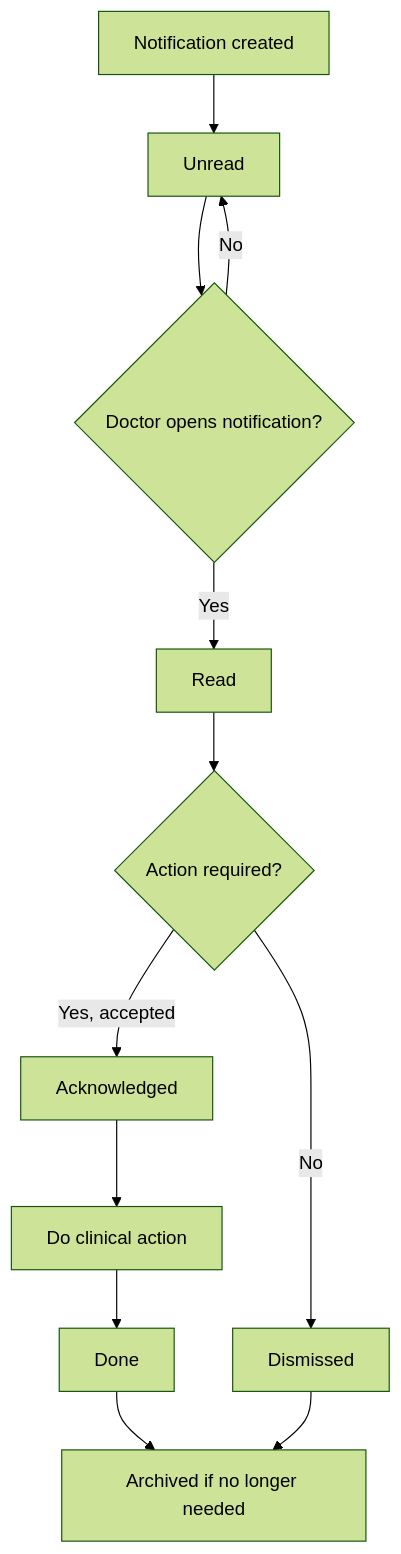
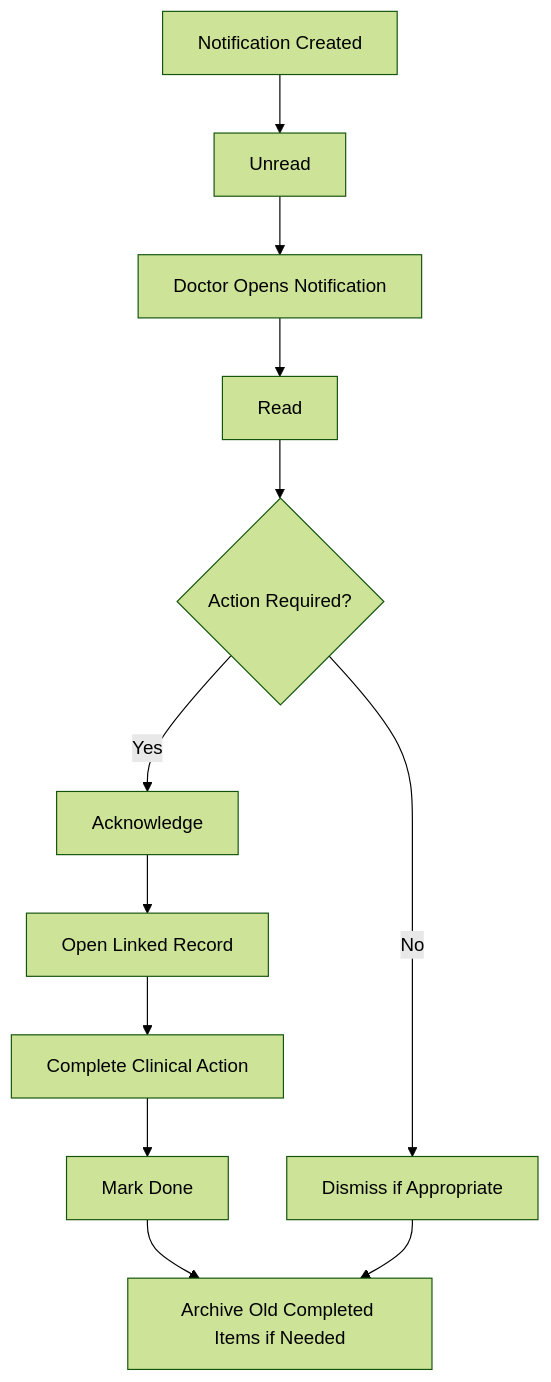
The diagram in docs/training/veterinary_doctor_operations/notifications_and_action_centre_workflow.md (olayemigod/VetEdge), drawn with Mermaid (forest theme) before and after one commit. The commit also changed other lines of this file and 24 other files, not shown here.

````diff
--- a/docs/training/veterinary_doctor_operations/notifications_and_action_centre_workflow.md
+++ b/docs/training/veterinary_doctor_operations/notifications_and_action_centre_workflow.md
@@ -19,14 +19,14 @@
 ```mermaid
 flowchart TD
-    A[Notification created] --> B[Unread]
-    B --> C{Doctor opens notification?}
-    C -->|Yes| D[Read]
-    C -->|No| B
-    D --> E{Action required?}
-    E -->|Yes, accepted| F[Acknowledged]
-    F --> G[Do clinical action]
-    G --> H[Done]
-    E -->|No| I[Dismissed]
-    H --> J[Archived if no longer needed]
-    I --> J
+    A[Notification Created] --> B[Unread]
+    B --> C[Doctor Opens Notification]
+    C --> D[Read]
+    D --> E{Action Required?}
+    E -->|Yes| F[Acknowledge]
+    F --> G[Open Linked Record]
+    G --> H[Complete Clinical Action]
+    H --> I[Mark Done]
+    E -->|No| J[Dismiss if Appropriate]
+    I --> K[Archive Old Completed Items if Needed]
+    J --> K
 ```
````
